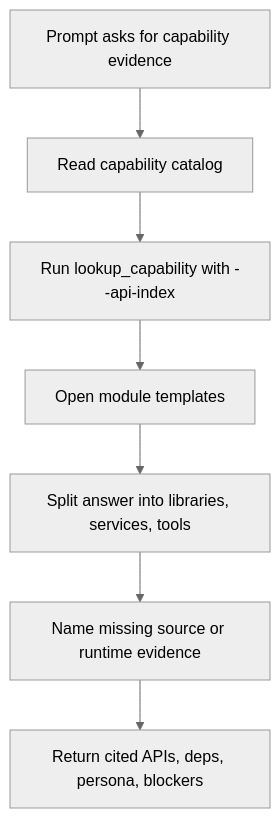
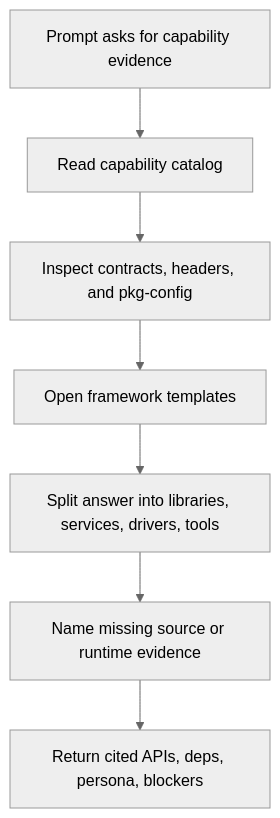
The diagram in examples/capability-api-lookup.md (NVIDIA-DOCA/doca-skills), drawn with Mermaid (neutral theme) before and after one commit. The commit also changed other lines of this file and 49 other files, not shown here.

````diff
--- a/examples/capability-api-lookup.md
+++ b/examples/capability-api-lookup.md
@@ -17,17 +17,17 @@
 ```mermaid
 flowchart TD
     prompt["Prompt asks for capability evidence"]
     catalog["Read capability catalog"]
-    lookup["Run lookup_capability with --api-index"]
-    modules["Open module templates"]
-    split["Split answer into libraries, services, tools"]
+    lookup["Inspect contracts, headers, and pkg-config"]
+    framework["Open framework templates"]
+    split["Split answer into libraries, services, drivers, tools"]
     checks["Name missing source or runtime evidence"]
     answer["Return cited APIs, deps, persona, blockers"]
 
     prompt --> catalog
     catalog --> lookup
-    lookup --> modules
-    modules --> split
+    lookup --> framework
+    framework --> split
     split --> checks
     checks --> answer
 ```
````
